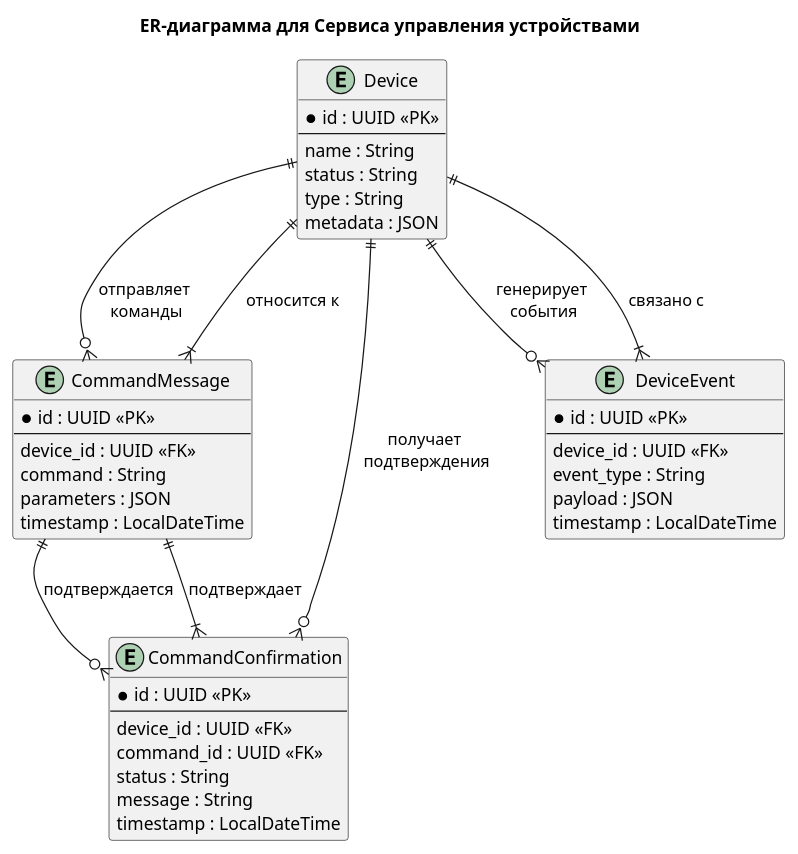
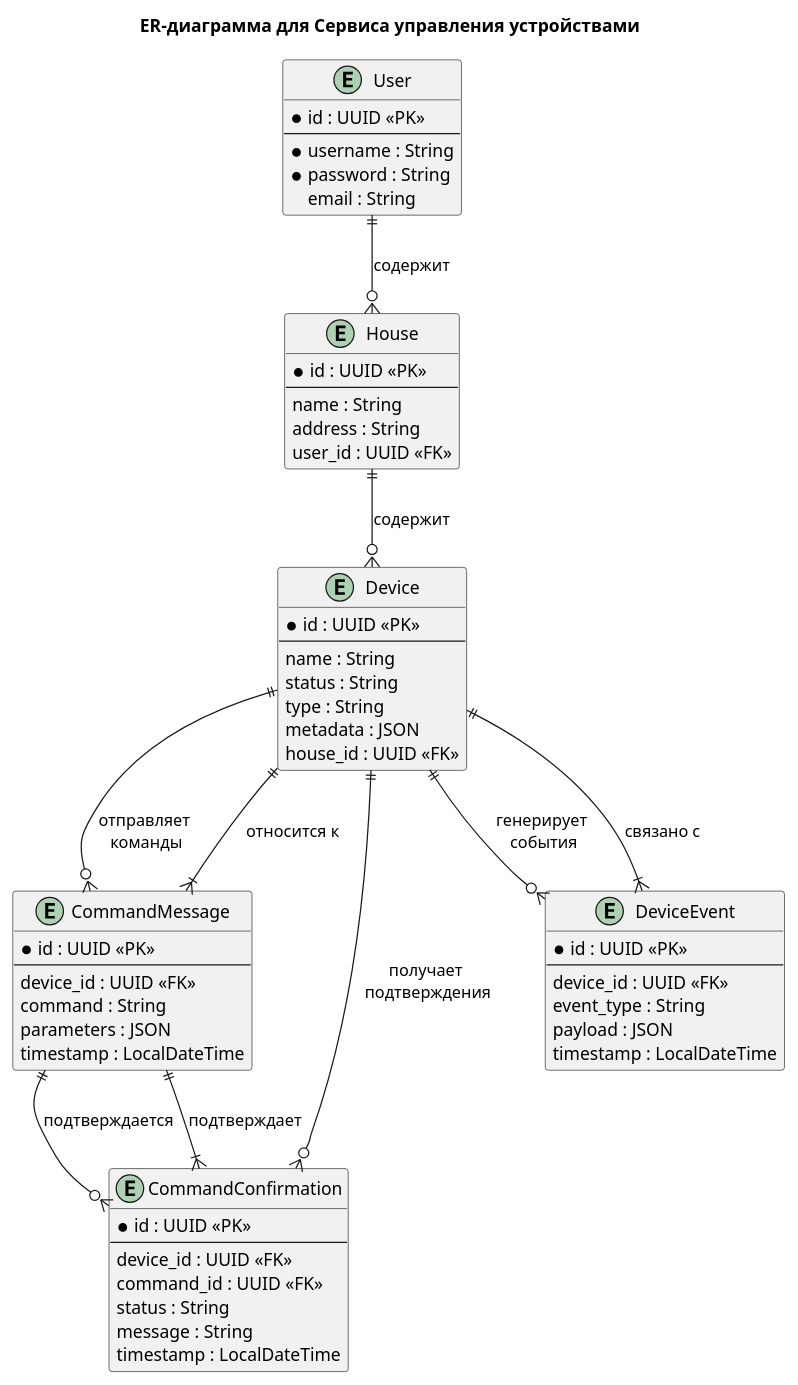
Before and after one commit to dariatsv/architecture-sprint-3: the diagram in diagrams/task3/er_device.puml, drawn with PlantUML. The commit also changed 2 other files, not shown here.

```diff
--- a/diagrams/task3/er_device.puml
+++ b/diagrams/task3/er_device.puml
@@ -1,51 +1,71 @@
 @startuml
 
 title ER-диаграмма для Сервиса управления устройствами
+
+entity "User" as U {
+  * id : UUID <<PK>>
+  --
+  * username : String
+  * password : String
+  email : String
+}
+
+entity "House" as H {
+  * id : UUID <<PK>>
+  --
+  name : String
+  address : String
+  user_id : UUID <<FK>>
+}
+
 
 entity "Device" as D {
   * id : UUID <<PK>>
   --
   name : String
   status : String
   type : String
   metadata : JSON
+  house_id : UUID <<FK>>
 }
 
 entity "CommandMessage" as CM {
   * id : UUID <<PK>>
   --
   device_id : UUID <<FK>>
   command : String
   parameters : JSON
   timestamp : LocalDateTime
 }
 
 entity "CommandConfirmation" as CC {
   * id : UUID <<PK>>
   --
   device_id : UUID <<FK>>
   command_id : UUID <<FK>>
   status : String
   message : String
   timestamp : LocalDateTime
 }
 
 entity "DeviceEvent" as DE {
   * id : UUID <<PK>>
   --
   device_id : UUID <<FK>>
   event_type : String
   payload : JSON
   timestamp : LocalDateTime
 }
 
 ' Взаимосвязи между сущностями
+U ||--o{ H :  содержит
+H ||--o{ D : содержит
 D ||--o{ CM : отправляет \nкоманды
 D ||--o{ CC : получает \nподтверждения
 D ||--o{ DE : генерирует \nсобытия
 CM ||--o{ CC : подтверждается
 CM }|--|| D : относится к
 CC }|--|| CM : подтверждает
 DE }|--|| D : связано с
 
 @enduml
```
